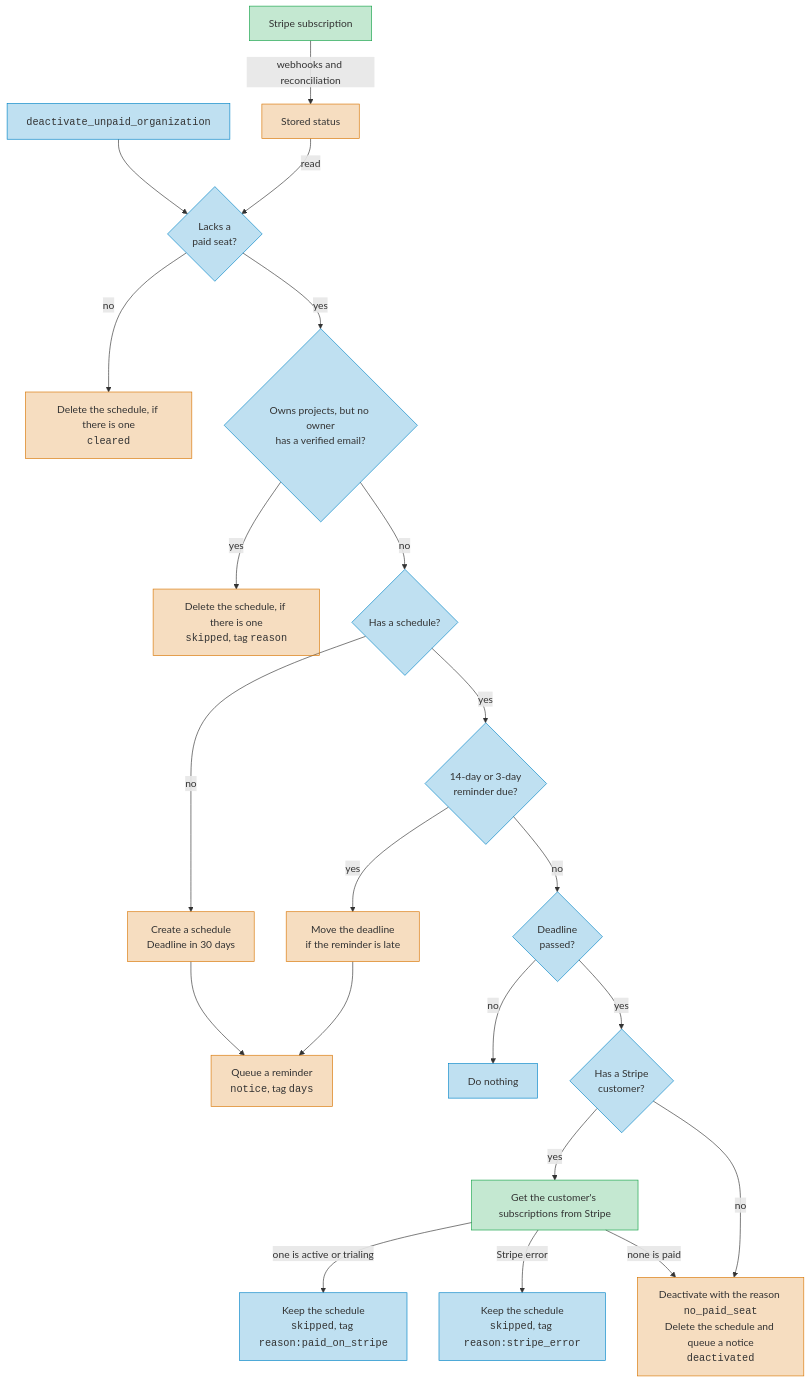
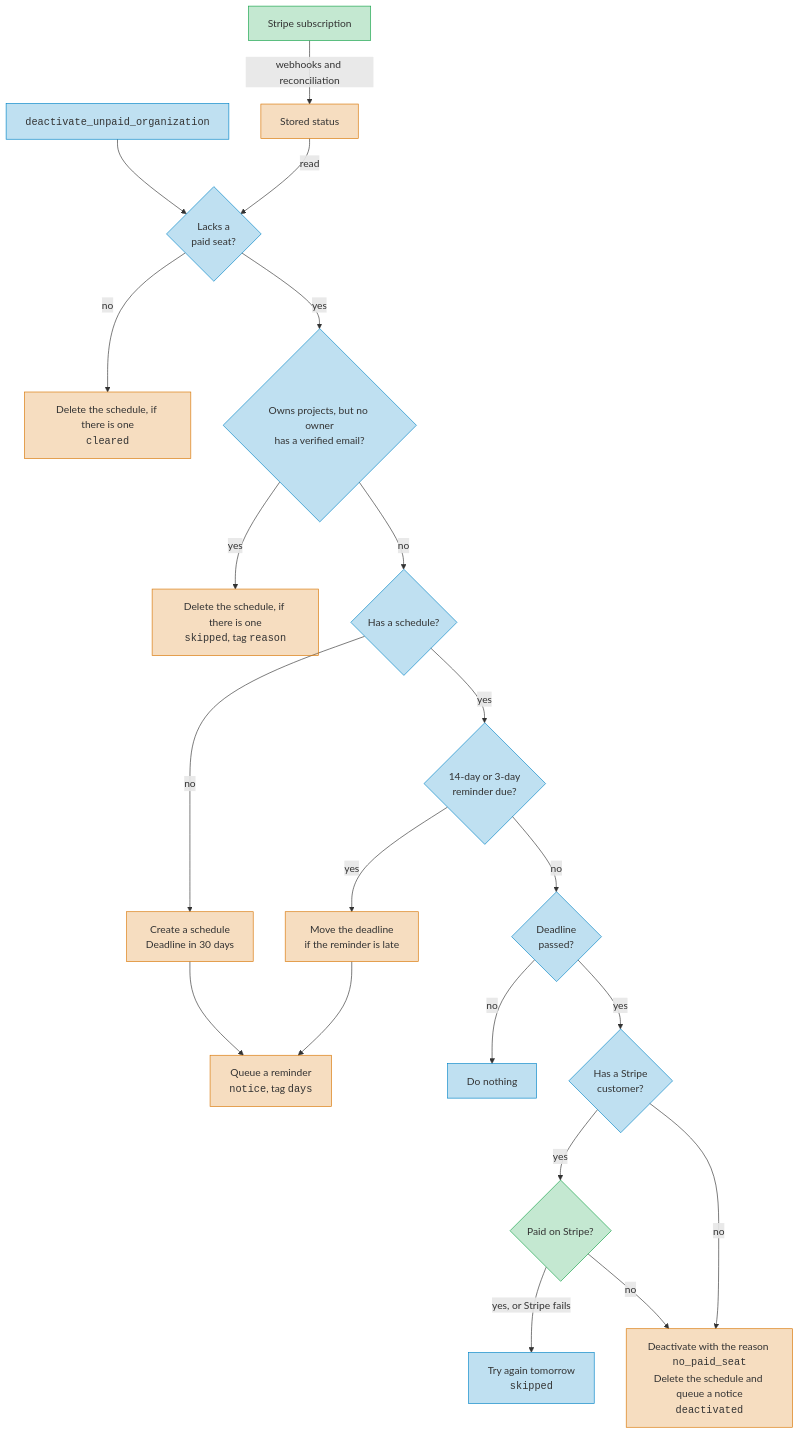
The third of 3 diagrams in docs/dev/development/billing.md (pypi/warehouse), drawn with Mermaid before and after one commit. The commit also changed other lines of this file and 2 other files, not shown here.

Commit message:
check stripe before deactivating an org

````diff
--- a/docs/dev/development/billing.md
+++ b/docs/dev/development/billing.md
@@ -154,26 +150,25 @@
 ```mermaid
 flowchart TD
     START[<code>deactivate_unpaid_organization</code>]:::warehouse --> PAID{Lacks a<br/>paid seat?}:::warehouse
     SUB[Stripe subscription]:::stripe -->|webhooks and reconciliation| STATUS[Stored status]:::data
     STATUS -->|read| PAID
     PAID -->|no| CLEAR[Delete the schedule, if there is one<br/><code>cleared</code>]:::data
     PAID -->|yes| REACH{Owns projects, but no owner<br/>has a verified email?}:::warehouse
     REACH -->|yes| SKIP[Delete the schedule, if there is one<br/><code>skipped</code>, tag <code>reason</code>]:::data
     REACH -->|no| HAS{Has a schedule?}:::warehouse
     HAS -->|no| NEW[Create a schedule<br/>Deadline in 30 days]:::data
     HAS -->|yes| DUE{14-day or 3-day<br/>reminder due?}:::warehouse
     DUE -->|yes| LATE[Move the deadline<br/>if the reminder is late]:::data
     NEW --> QUEUE[Queue a reminder<br/><code>notice</code>, tag <code>days</code>]:::data
     LATE --> QUEUE
     DUE -->|no| PAST{Deadline<br/>passed?}:::warehouse
     PAST -->|no| WAIT[Do nothing]:::warehouse
     PAST -->|yes| CUST{Has a Stripe<br/>customer?}:::warehouse
-    CUST -->|yes| ASK[Get the customer's subscriptions from Stripe]:::stripe
-    ASK -->|one is active or trialing| HOLD[Keep the schedule<br/><code>skipped</code>, tag <code>reason:paid_on_stripe</code>]:::warehouse
-    ASK -->|Stripe error| HOLD2[Keep the schedule<br/><code>skipped</code>, tag <code>reason:stripe_error</code>]:::warehouse
-    ASK -->|none is paid| DEACT
+    CUST -->|yes| ASK{Paid on Stripe?}:::stripe
+    ASK -->|yes, or Stripe fails| RETRY2[Try again tomorrow<br/><code>skipped</code>]:::warehouse
+    ASK -->|no| DEACT
     CUST -->|no| DEACT[Deactivate with the reason <code>no_paid_seat</code><br/>Delete the schedule and queue a notice<br/><code>deactivated</code>]:::data
     classDef warehouse fill:#0284c740,stroke:#0284c7
     classDef data fill:#d9770640,stroke:#d97706
     classDef stripe fill:#16a34a40,stroke:#16a34a
 ```
````
